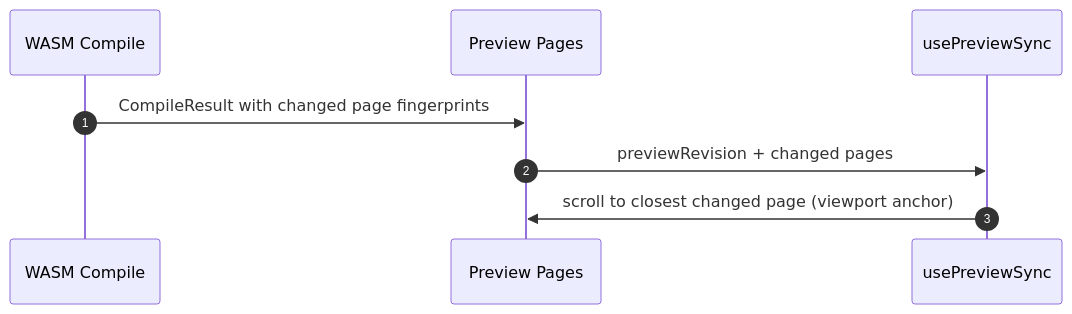
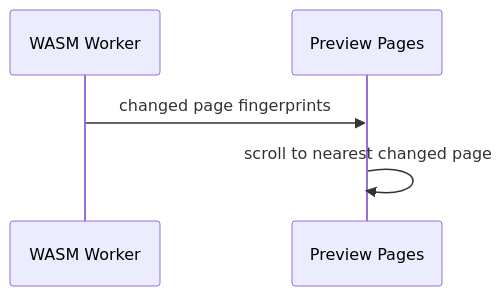
The tenth of 10 diagrams in context/sequence-diagrams.md (andmoreduro/ergo), drawn with Mermaid before and after one commit. The commit also changed other lines of this file and 372 other files, not shown here.

````diff
--- a/context/sequence-diagrams.md
+++ b/context/sequence-diagrams.md
@@ -217,12 +160,7 @@
 ```mermaid
 sequenceDiagram
-    autonumber
-
-    participant Compiler as WASM Compile
+    participant Worker as WASM Worker
     participant Preview as Preview Pages
-    participant Hook as usePreviewSync
-
-    Compiler->>Preview: CompileResult with changed page fingerprints
-    Preview->>Hook: previewRevision + changed pages
-    Hook->>Preview: scroll to closest changed page (viewport anchor)
+    Worker->>Preview: changed page fingerprints
+    Preview->>Preview: scroll to nearest changed page
 ```
````
